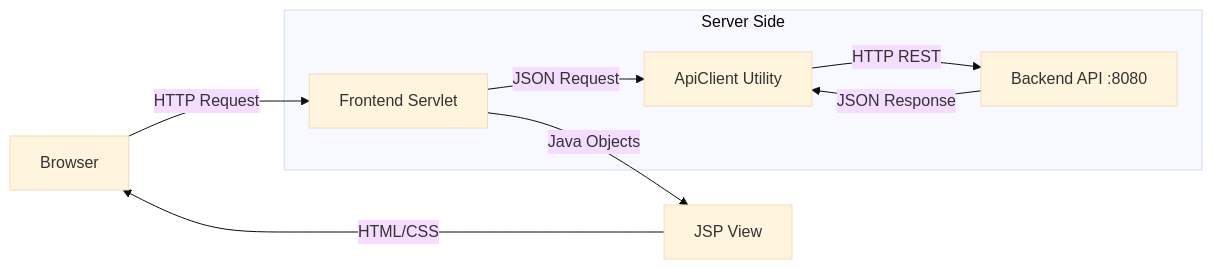
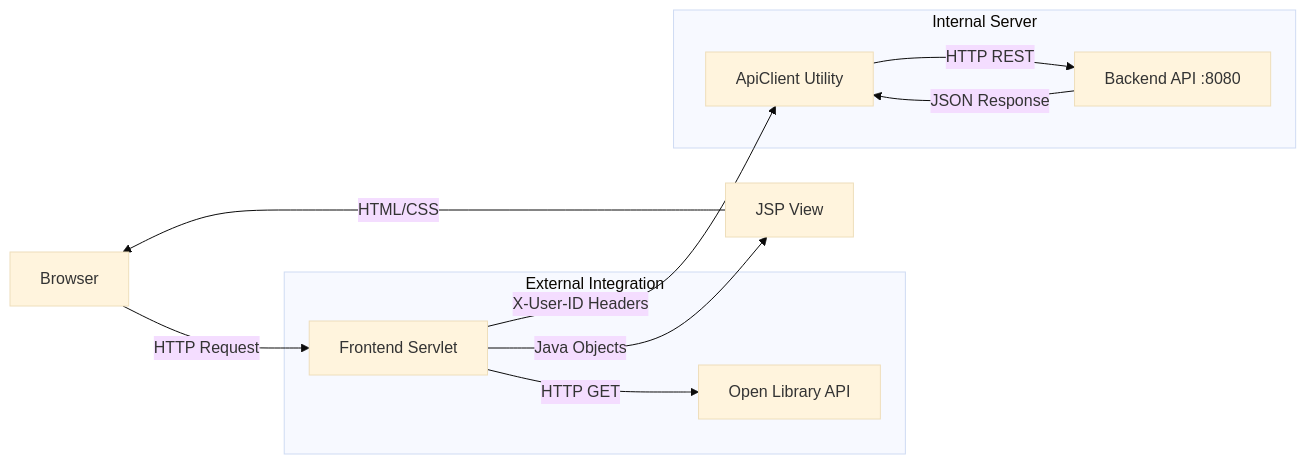
The diagram in README.md (Kutral/LibraryProjectFrontend), drawn with Mermaid (base theme) before and after one commit. The commit also changed other lines of this file and 28 other files, not shown here.

````diff
--- a/README.md
+++ b/README.md
@@ -33,12 +35,16 @@
 ```mermaid
 graph LR
     User[Browser] -->|HTTP Request| Servlet[Frontend Servlet]
     Servlet -->|Java Objects| JSP[JSP View]
     JSP -->|HTML/CSS| User
     
-    subgraph "Server Side"
-    Servlet -->|JSON Request| API[ApiClient Utility]
+    subgraph "External Integration"
+    Servlet -->|HTTP GET| OL[Open Library API]
+    end
+
+    subgraph "Internal Server"
+    Servlet -->|X-User-ID Headers| API[ApiClient Utility]
     API -->|HTTP REST| Backend[Backend API :8080]
     Backend -->|JSON Response| API
     end
 ```
````
